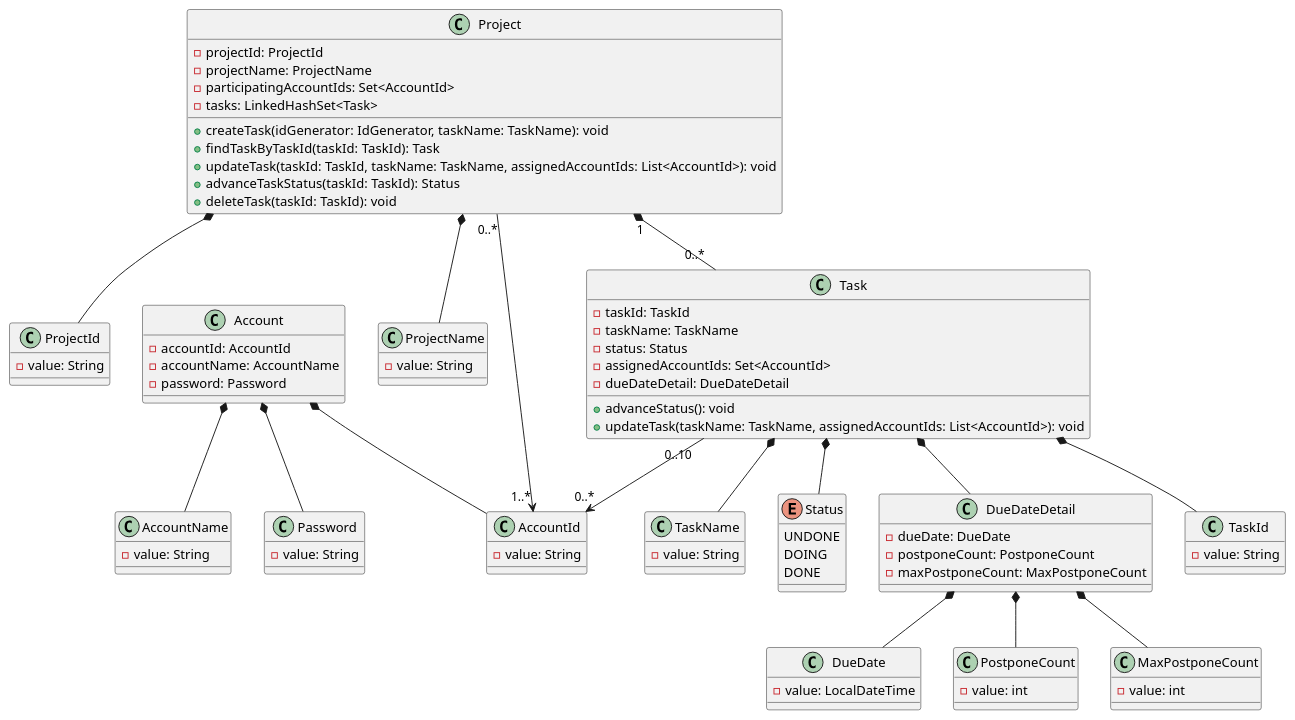
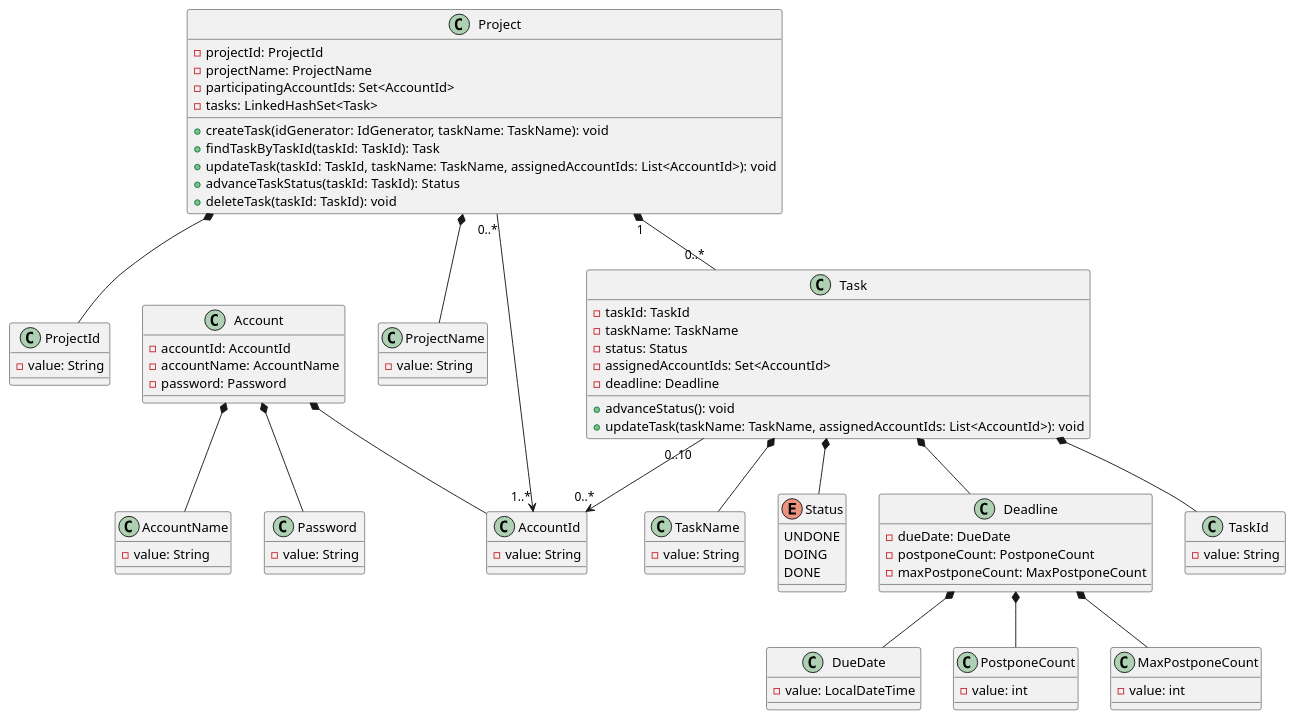
The diagram in uml/class.puml (ORIKAMIxNEP/playground), drawn with PlantUML before and after one commit. The commit also changed 27 other files, not shown here.

```diff
--- a/uml/class.puml
+++ b/uml/class.puml
@@ -1,100 +1,100 @@
 @startuml
 class Account {
   - accountId: AccountId
   - accountName: AccountName
   - password: Password
 }
 
 class AccountId {
   - value: String
 }
 
 class AccountName {
   - value: String
 }
 
 class Password {
   - value: String
 }
 
 Account *-- AccountId
 Account *-- AccountName
 Account *-- Password
 
 class Project {
   - projectId: ProjectId
   - projectName: ProjectName
   - participatingAccountIds: Set<AccountId>
   - tasks: LinkedHashSet<Task>
   + createTask(idGenerator: IdGenerator, taskName: TaskName): void
   + findTaskByTaskId(taskId: TaskId): Task
   + updateTask(taskId: TaskId, taskName: TaskName, assignedAccountIds: List<AccountId>): void
   + advanceTaskStatus(taskId: TaskId): Status
   + deleteTask(taskId: TaskId): void
 }
 
 class ProjectId {
   - value: String
 }
 
 class ProjectName {
   - value: String
 }
 
 Project *-- ProjectId
 Project *-- ProjectName
 Project "0..*" --> "1..*" AccountId
 Project "1" *-- "0..*" Task
 
 class Task {
   - taskId: TaskId
   - taskName: TaskName
   - status: Status
   - assignedAccountIds: Set<AccountId>
-  - dueDateDetail: DueDateDetail
+  - deadline: Deadline
   + advanceStatus(): void
   + updateTask(taskName: TaskName, assignedAccountIds: List<AccountId>): void
 }
 
 class TaskId {
   - value: String
 }
 
 class TaskName {
   - value: String
 }
 
 enum Status {
   UNDONE
   DOING
   DONE
 }
 
 Task *-- TaskId
 Task *-- TaskName
 Task *-- Status
 Task "0..10" --> "0..*" AccountId
-Task *-- DueDateDetail
+Task *-- Deadline
 
-class DueDateDetail {
+class Deadline {
   - dueDate: DueDate
   - postponeCount: PostponeCount
   - maxPostponeCount: MaxPostponeCount
 }
 
 class DueDate {
   - value: LocalDateTime
 }
 
 class PostponeCount {
   - value: int
 }
 
 class MaxPostponeCount {
   - value: int
 }
 
-DueDateDetail *-- DueDate
-DueDateDetail *-- PostponeCount
-DueDateDetail *-- MaxPostponeCount
+Deadline *-- DueDate
+Deadline *-- PostponeCount
+Deadline *-- MaxPostponeCount
 @enduml
```
